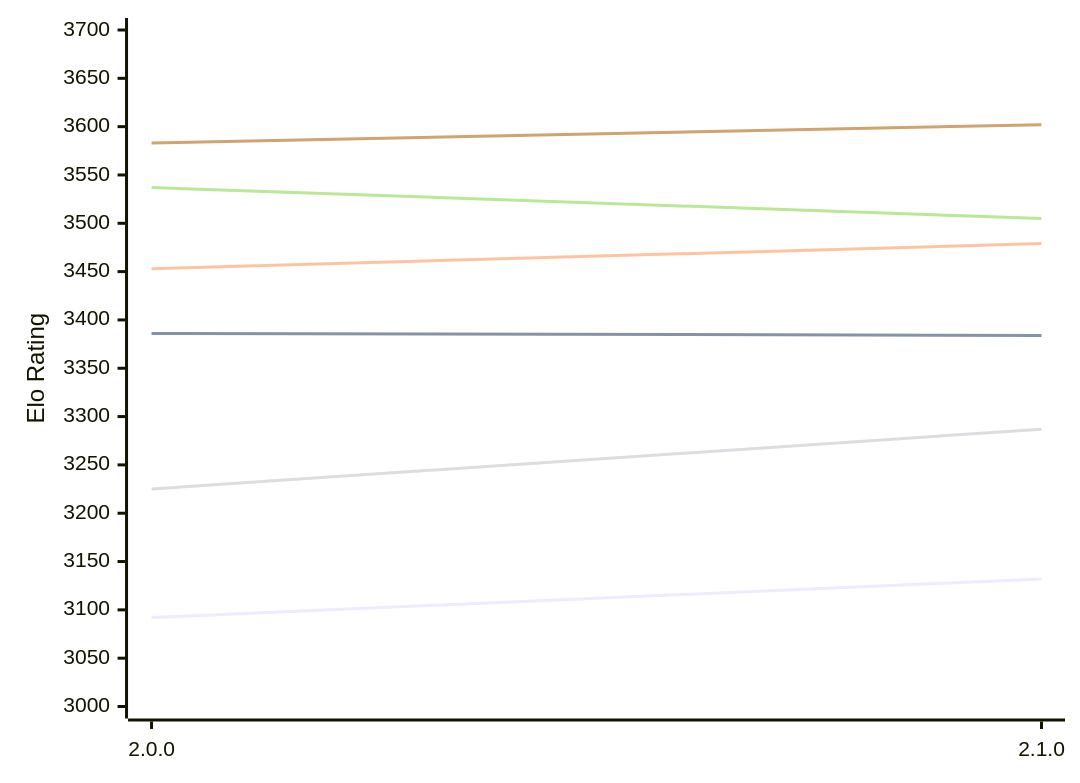
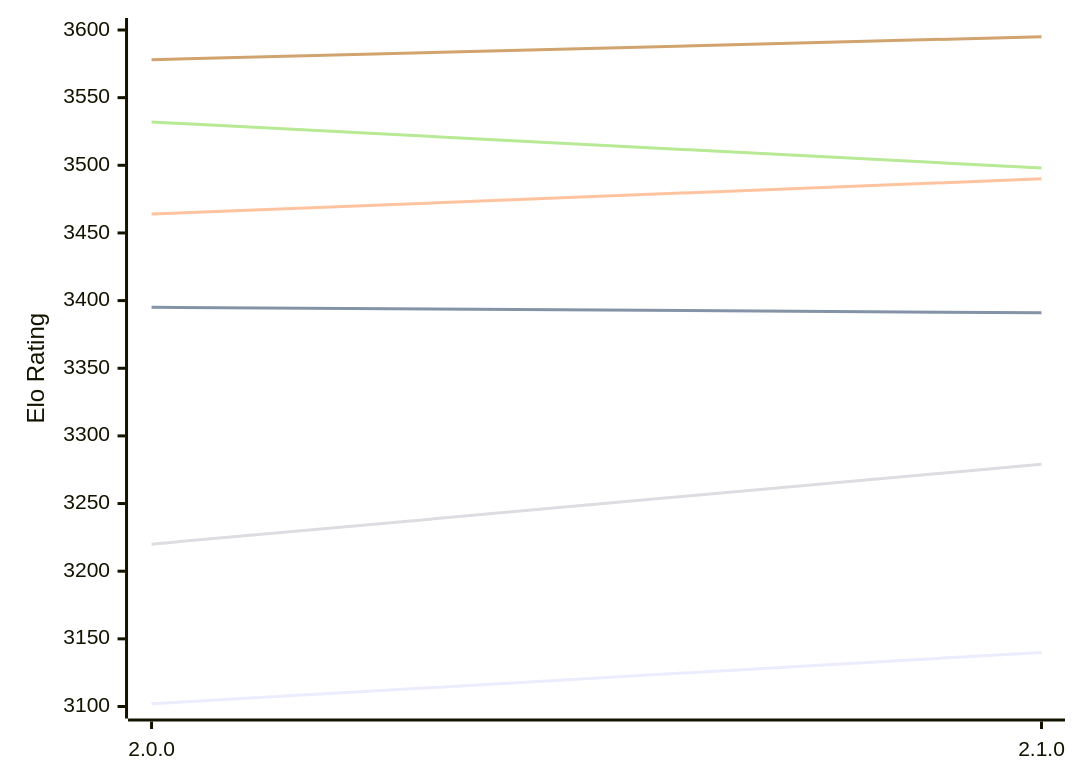
The diagram in engines/Sapling.md (computer-chess-index/cci), drawn with Mermaid before and after one commit. The commit also changed other lines of this file, not shown here.

Commit message:
Update CCI Ratings (ELO VLTC) - 2026-11-06

````diff
--- a/engines/Sapling.md
+++ b/engines/Sapling.md
@@ -49,12 +49,12 @@
 ```mermaid
 %%{init: {"theme":"base","themeVariables":{"seriesColors:['#a3a3a3','#222221','#faa371']}}}%%
 xychart-beta
   x-axis ["2.0.0", "2.1.0"]
-  y-axis "Elo Rating" 3000 --> 3700
-  line "E1: STC (8.0+0.08s)" [3092, 3132]
-  line "E1: LTC (60.0+0.60s)" [3386, 3384]
-  line "E1: VLTC (2m24s+1.12s)" [3453, 3479]
-  line "P1: STC (8.0+0.08s)" [3225, 3287]
-  line "P1: LTC (60.0+0.60s)" [3537, 3505]
-  line "P1: VLTC (2m24s+1.12s)" [3583, 3602]
+  y-axis "Elo Rating" 3100 --> 3600
+  line "E1: STC (8.0+0.08s)" [3102, 3140]
+  line "E1: LTC (60.0+0.60s)" [3395, 3391]
+  line "E1: VLTC (2m24s+1.12s)" [3464, 3490]
+  line "P1: STC (8.0+0.08s)" [3220, 3279]
+  line "P1: LTC (60.0+0.60s)" [3532, 3498]
+  line "P1: VLTC (2m24s+1.12s)" [3578, 3595]
 ```
````
